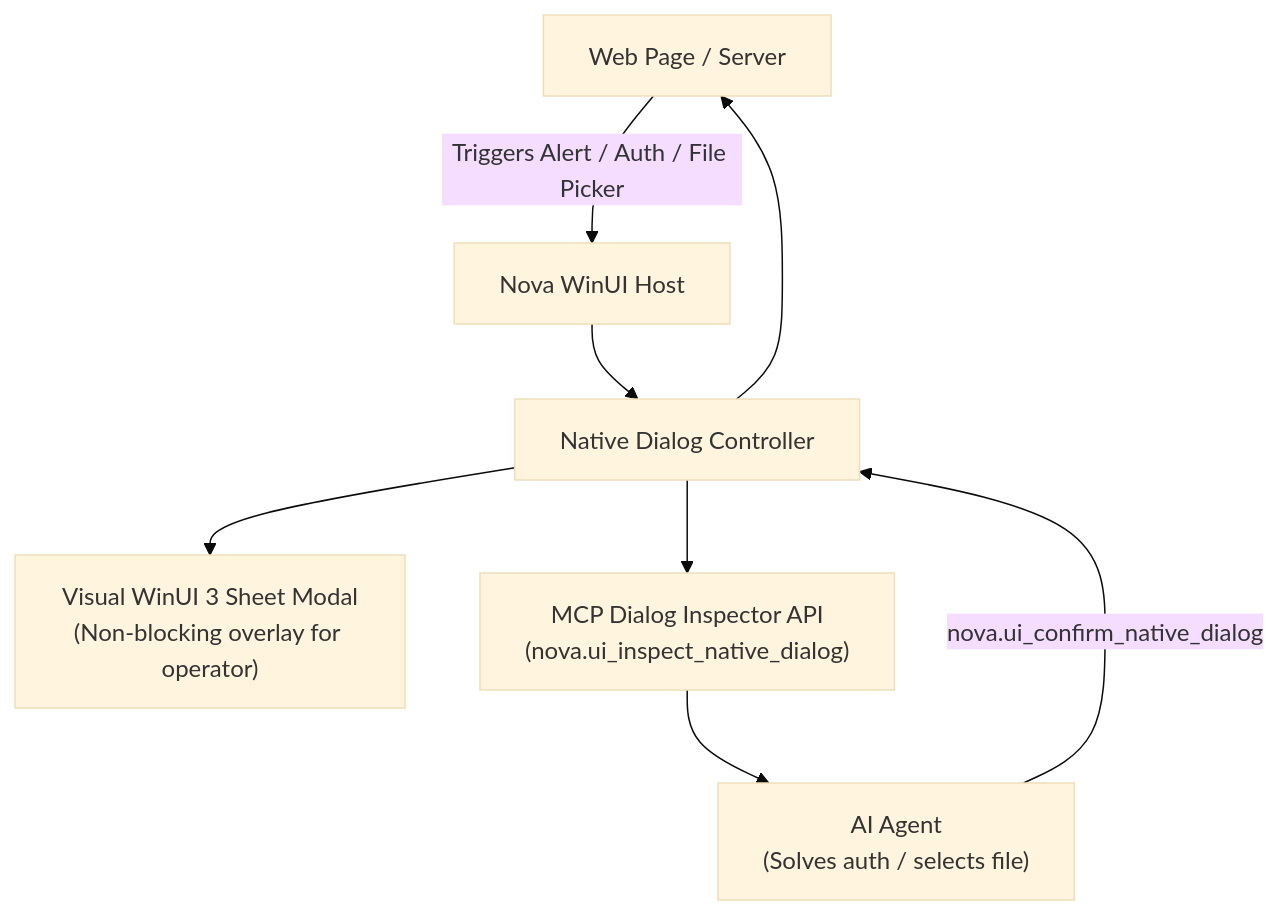
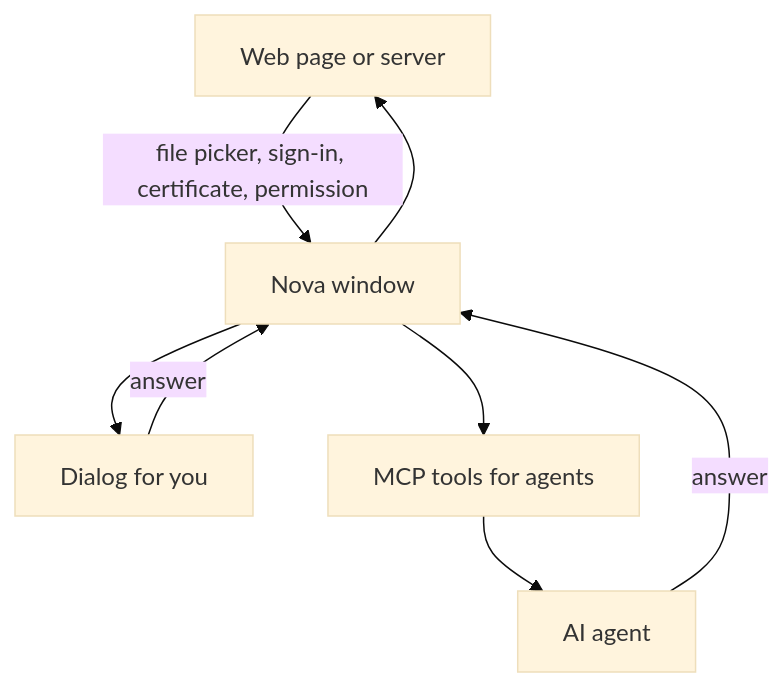
Before and after one commit to joelaniol/nova: the diagram in docs/user-guide/native-dialogs-ui.md, drawn with Mermaid (base theme). The commit also changed other lines of this file and 495 other files, not shown here.

````diff
--- a/docs/user-guide/native-dialogs-ui.md
+++ b/docs/user-guide/native-dialogs-ui.md
@@ -17,10 +17,10 @@
 ```mermaid
 flowchart TD
-    Web["Web Page / Server"] -->|Triggers Alert / Auth / File Picker| Host["Nova WinUI Host"]
-    Host --> Virtual["Native Dialog Controller"]
-    Virtual --> UI["Visual WinUI 3 Sheet Modal<br>(Non-blocking overlay for operator)"]
-    Virtual --> MCP["MCP Dialog Inspector API<br>(nova.ui_inspect_native_dialog)"]
-    MCP --> Agent["AI Agent<br>(Solves auth / selects file)"]
-    Agent -->|nova.ui_confirm_native_dialog| Virtual
-    Virtual --> Web
+    Web["Web page or server"] -->|"file picker, sign-in, certificate, permission"| Host["Nova window"]
+    Host --> UI["Dialog for you"]
+    Host --> MCP["MCP tools for agents"]
+    MCP --> Agent["AI agent"]
+    Agent -->|"answer"| Host
+    UI -->|"answer"| Host
+    Host --> Web
 ```
````
